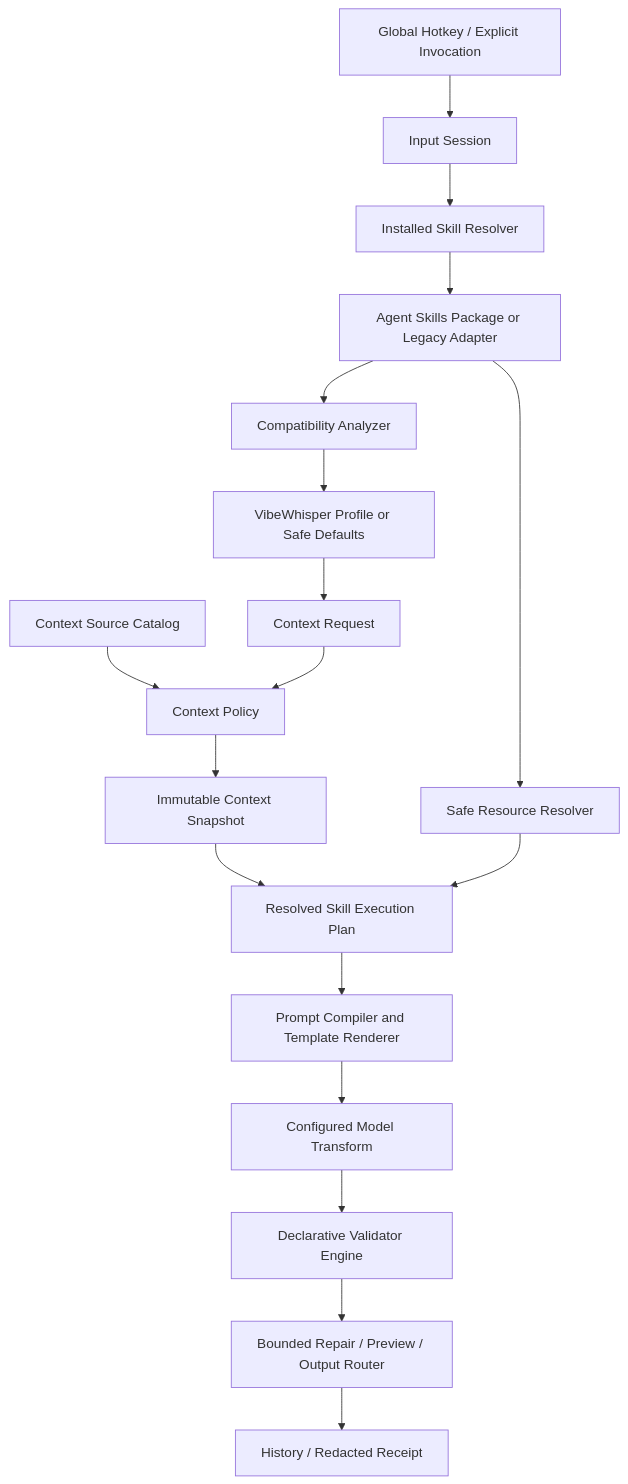
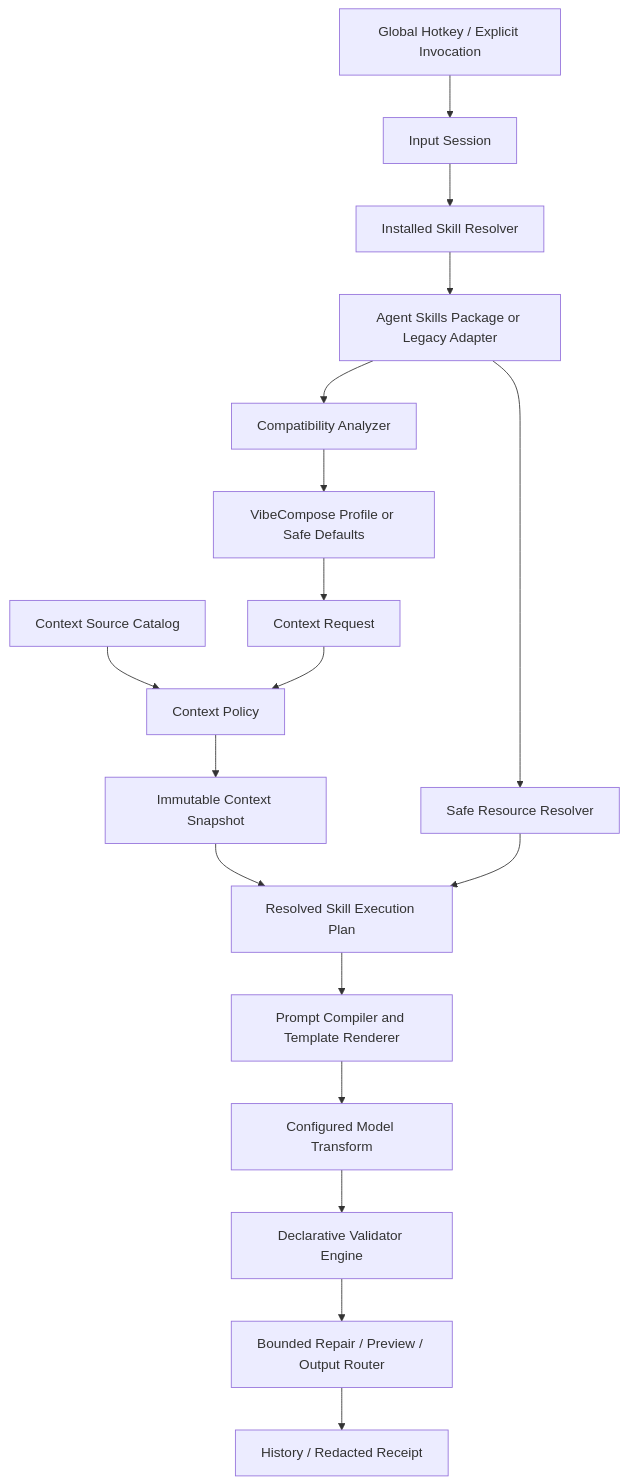
The diagram in docs/product/ai-native-input-layer-plan-2026-07-14.md (forever-ivy/VibeCompose), drawn with Mermaid before and after one commit. The commit also changed other lines of this file and 508 other files, not shown here.

Commit message:
refactor: rename VibeWhisper to VibeCompose

````diff
--- a/docs/product/ai-native-input-layer-plan-2026-07-14.md
+++ b/docs/product/ai-native-input-layer-plan-2026-07-14.md
@@ -1790,20 +1790,20 @@
 ```mermaid
 flowchart TD
     Trigger["Global Hotkey / Explicit Invocation"] --> Session["Input Session"]
     Session --> Resolve["Installed Skill Resolver"]
     Resolve --> Load["Agent Skills Package or Legacy Adapter"]
     Load --> Compat["Compatibility Analyzer"]
-    Compat --> Profile["VibeWhisper Profile or Safe Defaults"]
+    Compat --> Profile["VibeCompose Profile or Safe Defaults"]
     Profile --> Request["Context Request"]
     Catalog["Context Source Catalog"] --> Policy["Context Policy"]
     Request --> Policy
     Policy --> Snapshot["Immutable Context Snapshot"]
     Load --> Resources["Safe Resource Resolver"]
     Snapshot --> Plan["Resolved Skill Execution Plan"]
     Resources --> Plan
     Plan --> Compile["Prompt Compiler and Template Renderer"]
     Compile --> Transform["Configured Model Transform"]
     Transform --> Validate["Declarative Validator Engine"]
     Validate --> Output["Bounded Repair / Preview / Output Router"]
     Output --> Receipt["History / Redacted Receipt"]
 ```
````
